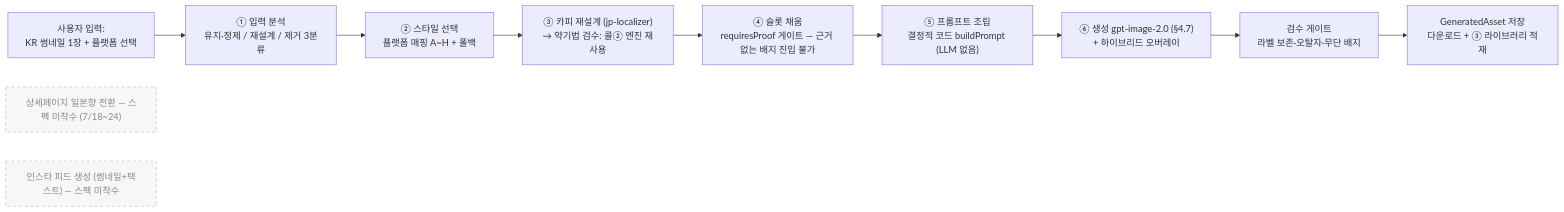
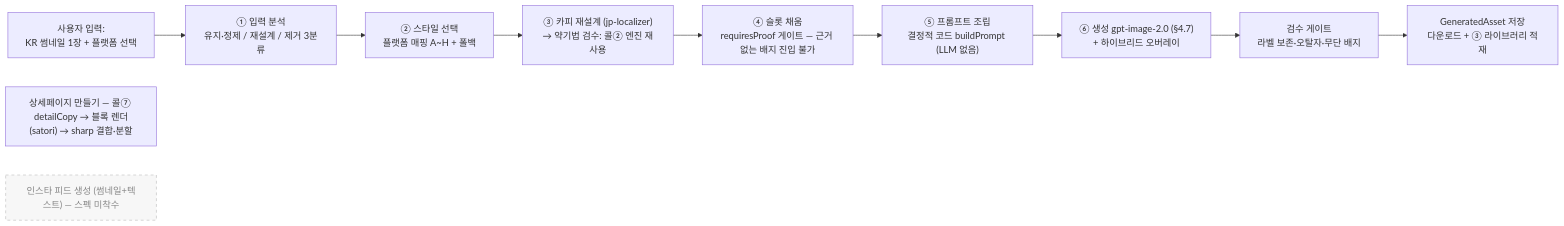
The sixth of 7 diagrams in docs/08-data-flow.md (duwjd/Branch-out-to-Japan), drawn with Mermaid before and after one commit. The commit also changed 5 other files, not shown here.

First line of the commit message:
docs: 상세페이지 배포 전제·운영 절차 정리 (IA·데이터플로우·배포스펙·런북)

````diff
--- a/docs/08-data-flow.md
+++ b/docs/08-data-flow.md
@@ -488,16 +488,16 @@
 ```mermaid
 flowchart LR
     U["사용자 입력:<br/>KR 썸네일 1장 + 플랫폼 선택"] --> T1
     T1["① 입력 분석<br/>유지·정제 / 재설계 / 제거 3분류"] --> T2
     T2["② 스타일 선택<br/>플랫폼 매핑 A~H + 폴백"] --> T3
     T3["③ 카피 재설계 (jp-localizer)<br/>→ 약기법 검수: 콜② 엔진 재사용"] --> T4
     T4["④ 슬롯 채움<br/>requiresProof 게이트 — 근거 없는 배지 진입 불가"] --> T5
     T5["⑤ 프롬프트 조립<br/>결정적 코드 buildPrompt (LLM 없음)"] --> T6
     T6["⑥ 생성 gpt-image-2.0 (§4.7)<br/>+ 하이브리드 오버레이"] --> T7
     T7["검수 게이트<br/>라벨 보존·오탈자·무단 배지"] --> OUT2["GeneratedAsset 저장<br/>다운로드 + ③ 라이브러리 적재"]
 
-    TBD1["상세페이지 일본향 전환 — 스펙 미착수 (7/18~24)"]:::tbd
+    D1["상세페이지 만들기 — 콜⑦ detailCopy → 블록 렌더(satori) → sharp 결합·분할"]
     TBD2["인스타 피드 생성 (썸네일+텍스트) — 스펙 미착수"]:::tbd
 
     classDef tbd fill:#f7f7f7,stroke:#bbb,color:#888,stroke-dasharray: 5 5;
 ```
````
